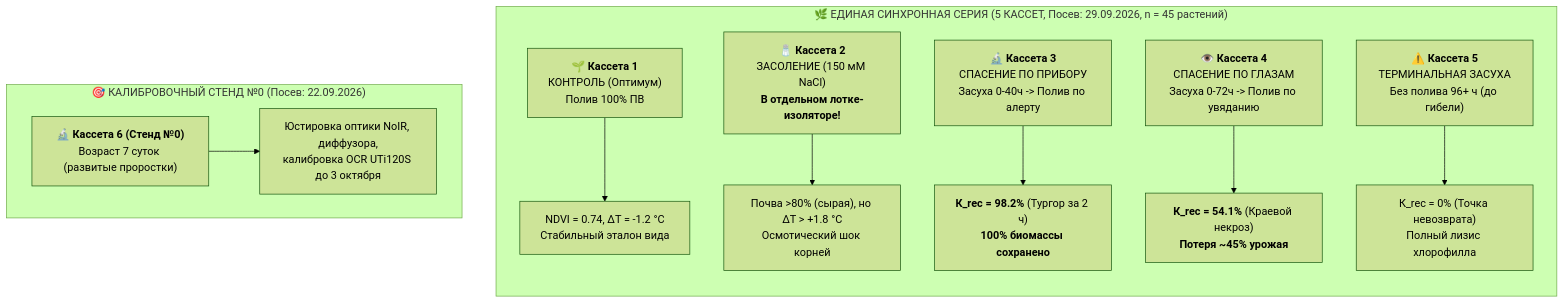
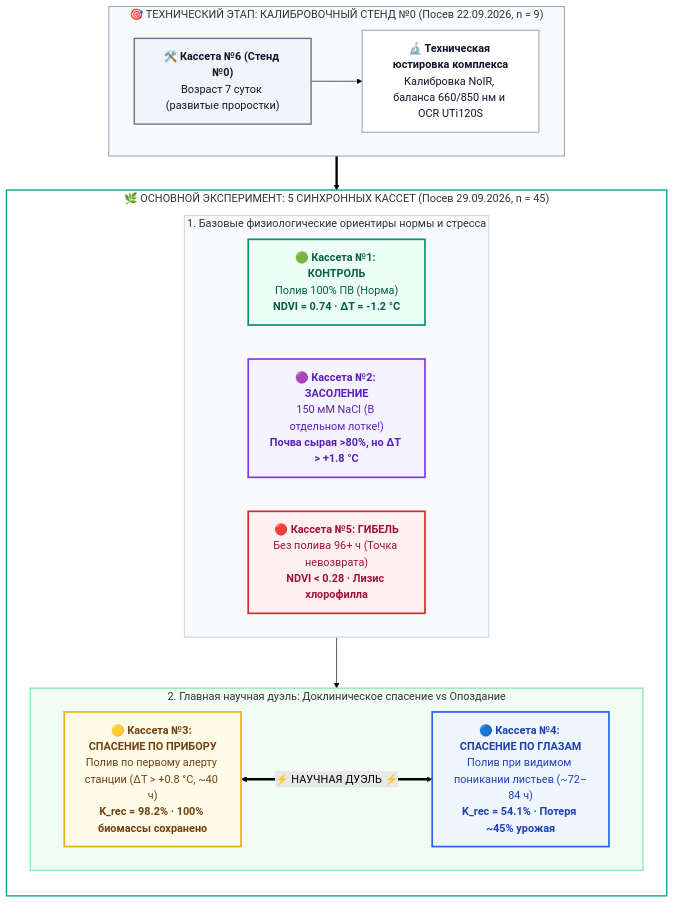
One commit to ezicvtumane/plant-stress-ndvi changed the diagram in README.md. Above: the diagram before and after it, drawn with Mermaid (forest theme). The commit also changed 4 other files, not shown here.

````diff
--- a/README.md
+++ b/README.md
@@ -159,15 +159,41 @@
 ```mermaid
 flowchart TD
-    subgraph S5["🌿 ЕДИНАЯ СИНХРОННАЯ СЕРИЯ (5 КАССЕТ, Посев: 29.09.2026, n = 45 растений)&nbsp;&nbsp;&nbsp;&nbsp;"]
-        direction TB
-        C1["🌱 <b>Кассета 1</b><br/>КОНТРОЛЬ (Оптимум)<br/>Полив 100% ПВ"] --> R1["NDVI = 0.74, ΔT = -1.2 °C<br/>Стабильный эталон вида"]
-        C2["🧂 <b>Кассета 2</b><br/>ЗАСОЛЕНИЕ (150 мМ NaCl)<br/><b>В отдельном лотке-изоляторе!</b>"] --> R2["Почва >80% (сырая), но ΔT > +1.8 °C<br/>Осмотический шок корней"]
-        C3["🔬 <b>Кассета 3</b><br/>СПАСЕНИЕ ПО ПРИБОРУ<br/>Засуха 0-40ч -> Полив по алерту"] --> R3["<b>К_rec = 98.2%</b> (Тургор за 2 ч)<br/><b>100% биомассы сохранено</b>"]
-        C4["👁️ <b>Кассета 4</b><br/>СПАСЕНИЕ ПО ГЛАЗАМ<br/>Засуха 0-72ч -> Полив по увяданию"] --> R4["<b>К_rec = 54.1%</b> (Краевой некроз)<br/><b>Потеря ~45% урожая</b>"]
-        C5["⚠️ <b>Кассета 5</b><br/>ТЕРМИНАЛЬНАЯ ЗАСУХА<br/>Без полива 96+ ч (до гибели)"] --> R5["К_rec = 0% (Точка невозврата)<br/>Полный лизис хлорофилла"]
+    subgraph Calib["🎯 ТЕХНИЧЕСКИЙ ЭТАП: КАЛИБРОВОЧНЫЙ СТЕНД №0 (Посев 22.09.2026, n = 9)"]
+        direction LR
+        C0["🛠️ <b>Кассета №6 (Стенд №0)</b><br/>Возраст 7 суток (развитые проростки)"] --> R0["🔬 <b>Техническая юстировка комплекса</b><br/>Калибровка NoIR, баланса 660/850 нм и OCR UTi120S"]
     end
 
-    subgraph Calib["🎯 КАЛИБРОВОЧНЫЙ СТЕНД №0 (Посев: 22.09.2026)&nbsp;&nbsp;&nbsp;&nbsp;"]
-        C0["🔬 <b>Кассета 6 (Стенд №0)</b><br/>Возраст 7 суток (развитые проростки)"] --> R0["Юстировка оптики NoIR, диффузора,<br/>калибровка OCR UTi120S до 3 октября"]
+    subgraph S5["🌿 ОСНОВНОЙ ЭКСПЕРИМЕНТ: 5 СИНХРОННЫХ КАССЕТ (Посев 29.09.2026, n = 45)"]
+        direction TB
+        
+        subgraph Trio["1. Базовые физиологические ориентиры нормы и стресса"]
+            direction LR
+            C1["🟢 <b>Кассета №1: КОНТРОЛЬ</b><br/>Полив 100% ПВ (Норма)<br/><b>NDVI = 0.74 · ΔT = -1.2 °C</b>"]
+            C2["🟣 <b>Кассета №2: ЗАСОЛЕНИЕ</b><br/>150 мМ NaCl (В отдельном лотке!)<br/><b>Почва сырая >80%, но ΔT > +1.8 °C</b>"]
+            C5["🔴 <b>Кассета №5: ГИБЕЛЬ</b><br/>Без полива 96+ ч (Точка невозврата)<br/><b>NDVI < 0.28 · Лизис хлорофилла</b>"]
+        end
+
+        subgraph Duel["2. Главная научная дуэль: Доклиническое спасение vs Опоздание"]
+            direction LR
+            C3["🟡 <b>Кассета №3: СПАСЕНИЕ ПО ПРИБОРУ</b><br/>Полив по первому алерту станции (ΔT > +0.8 °C, ~40 ч)<br/><b>K_rec = 98.2% · 100% биомассы сохранено</b>"]
+            C4["🔵 <b>Кассета №4: СПАСЕНИЕ ПО ГЛАЗАМ</b><br/>Полив при видимом поникании листьев (~72–84 ч)<br/><b>K_rec = 54.1% · Потеря ~45% урожая</b>"]
+            C3 <==>|⚡ НАУЧНАЯ ДУЭЛЬ ⚡| C4
+        end
+        
+        Trio --> Duel
     end
+
+    Calib ==> S5
+
+    style C0 fill:#f1f5f9,stroke:#64748b,stroke-width:2px,color:#0f172a
+    style R0 fill:#ffffff,stroke:#94a3b8,stroke-width:1.5px,color:#0f172a
+    style C1 fill:#ecfdf5,stroke:#059669,stroke-width:2.5px,color:#065f46
+    style C2 fill:#f5f3ff,stroke:#7c3aed,stroke-width:2.5px,color:#5b21b6
+    style C5 fill:#fff1f2,stroke:#dc2626,stroke-width:2.5px,color:#9f1239
+    style C3 fill:#fefce8,stroke:#eab308,stroke-width:2.5px,color:#713f12
+    style C4 fill:#eff6ff,stroke:#2563eb,stroke-width:2.5px,color:#1e40af
+    style Calib fill:#f8fafc,stroke:#94a3b8,stroke-width:1.5px
+    style S5 fill:#ffffff,stroke:#00a499,stroke-width:2px
+    style Trio fill:#f8fafc,stroke:#cbd5e1,stroke-width:1.5px
+    style Duel fill:#f0fdf4,stroke:#86efac,stroke-width:2px
 ```
````
